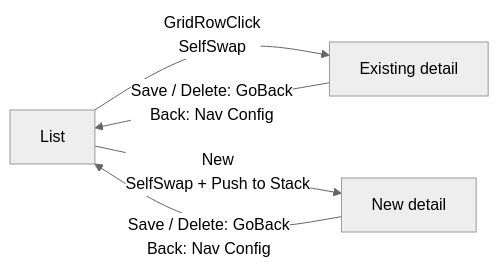
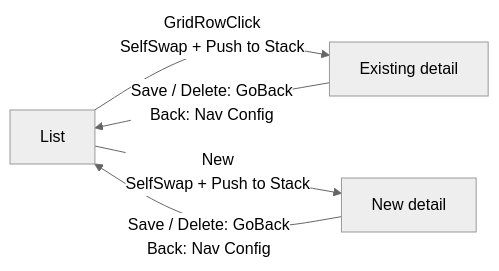
Before and after one commit to msmurygin/quark-docs: the diagram in docs-obsidian/user-guide/studio/04-interactions-and-navigation.md, drawn with Mermaid (neutral theme). The commit also changed other lines of this file and 2 other files, not shown here.

Commit message:
docs: correct list navigation stack guidance

````diff
--- a/docs-obsidian/user-guide/studio/04-interactions-and-navigation.md
+++ b/docs-obsidian/user-guide/studio/04-interactions-and-navigation.md
@@ -41,7 +41,7 @@
 ```mermaid
 flowchart LR
-    L["List"] -->|"GridRowClick<br/>SelfSwap"| D["Existing detail"]
+    L["List"] -->|"GridRowClick<br/>SelfSwap + Push to Stack"| D["Existing detail"]
     L -->|"New<br/>SelfSwap + Push to Stack"| N["New detail"]
     D -->|"Save / Delete: GoBack<br/>Back: Nav Config"| L
     N -->|"Save / Delete: GoBack<br/>Back: Nav Config"| L
 ```
````
